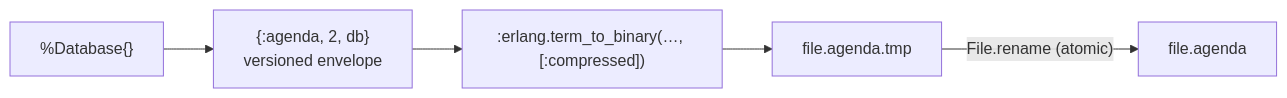
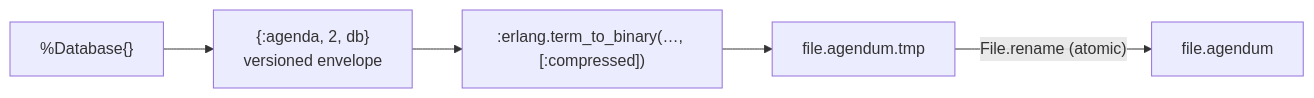
One commit to jamting/agendum changed the sixth of 6 diagrams in docs/DATA_MODEL.md. Above: the diagram before and after it, drawn with Mermaid. The commit also changed 35 other files, not shown here.

````diff
--- a/docs/DATA_MODEL.md
+++ b/docs/DATA_MODEL.md
@@ -482,7 +482,7 @@
 ```mermaid
 flowchart LR
     DB["%Database{}"] --> T["{:agenda, 2, db}<br/>versioned envelope"]
     T --> B[":erlang.term_to_binary(…, [:compressed])"]
-    B --> TMP["file.agenda.tmp"]
-    TMP -- "File.rename (atomic)" --> F["file.agenda"]
+    B --> TMP["file.agendum.tmp"]
+    TMP -- "File.rename (atomic)" --> F["file.agendum"]
 ```
````
